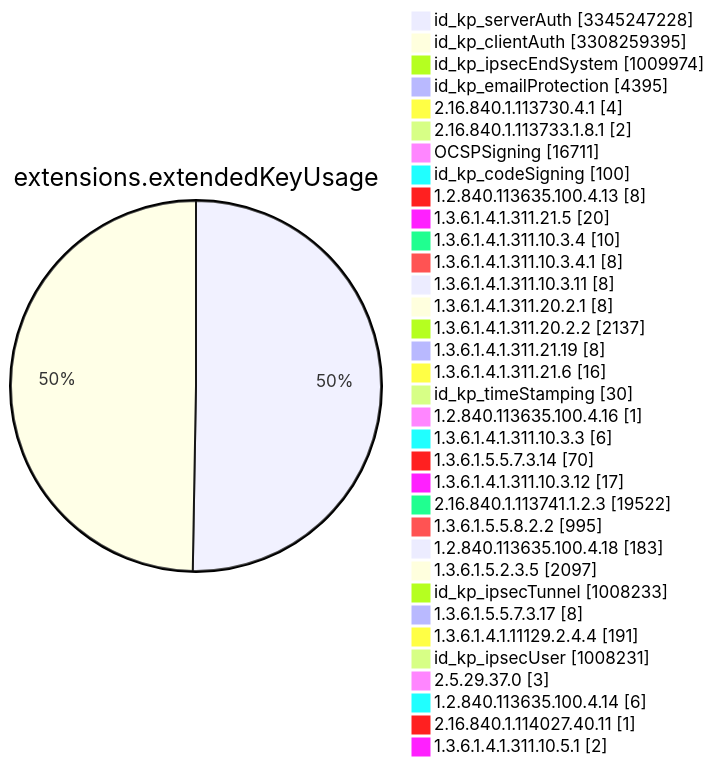
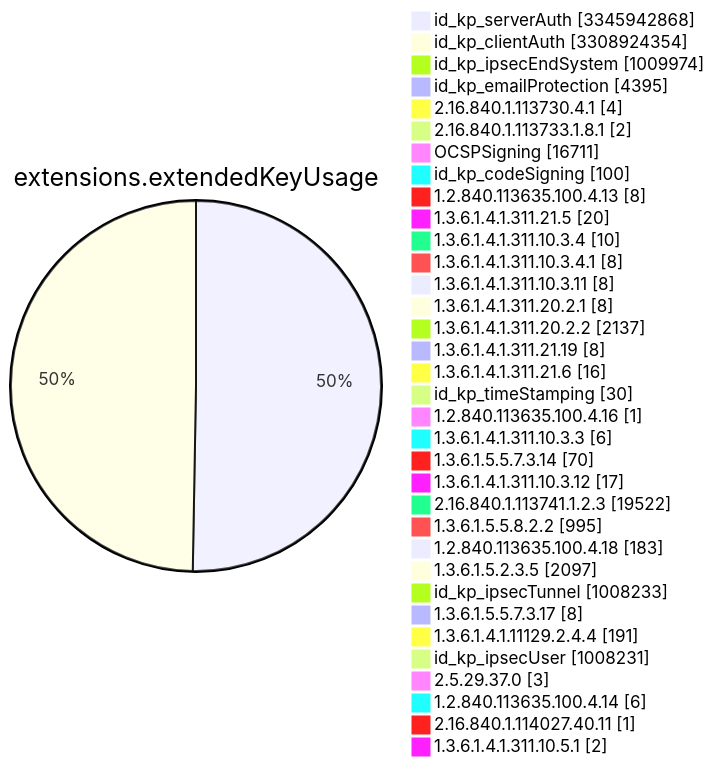
Before and after one commit to christiankrug/ctmonitor_visualization: diagram 11 of 15 in TOTAL/README.md, drawn with Mermaid. The commit also changed other lines of this file, not shown here.

````diff
--- a/TOTAL/README.md
+++ b/TOTAL/README.md
@@ -4120,38 +4120,38 @@
 ```mermaid
 pie showData
 title extensions.extendedKeyUsage
-"id_kp_serverAuth" :3345247228
-"id_kp_clientAuth" :3308259395
+"id_kp_serverAuth" :3345942868
+"id_kp_clientAuth" :3308924354
 "id_kp_ipsecEndSystem" :1009974
 "id_kp_emailProtection" :4395
 "2.16.840.1.113730.4.1" :4
 "2.16.840.1.113733.1.8.1" :2
 "OCSPSigning" :16711
 "id_kp_codeSigning" :100
 "1.2.840.113635.100.4.13" :8
 "1.3.6.1.4.1.311.21.5" :20
 "1.3.6.1.4.1.311.10.3.4" :10
 "1.3.6.1.4.1.311.10.3.4.1" :8
 "1.3.6.1.4.1.311.10.3.11" :8
 "1.3.6.1.4.1.311.20.2.1" :8
 "1.3.6.1.4.1.311.20.2.2" :2137
 "1.3.6.1.4.1.311.21.19" :8
 "1.3.6.1.4.1.311.21.6" :16
 "id_kp_timeStamping" :30
 "1.2.840.113635.100.4.16" :1
 "1.3.6.1.4.1.311.10.3.3" :6
 "1.3.6.1.5.5.7.3.14" :70
 "1.3.6.1.4.1.311.10.3.12" :17
 "2.16.840.1.113741.1.2.3" :19522
 "1.3.6.1.5.5.8.2.2" :995
 "1.2.840.113635.100.4.18" :183
 "1.3.6.1.5.2.3.5" :2097
 "id_kp_ipsecTunnel" :1008233
 "1.3.6.1.5.5.7.3.17" :8
 "1.3.6.1.4.1.11129.2.4.4" :191
 "id_kp_ipsecUser" :1008231
 "2.5.29.37.0" :3
 "1.2.840.113635.100.4.14" :6
 "2.16.840.1.114027.40.11" :1
 "1.3.6.1.4.1.311.10.5.1" :2
 ```
````
